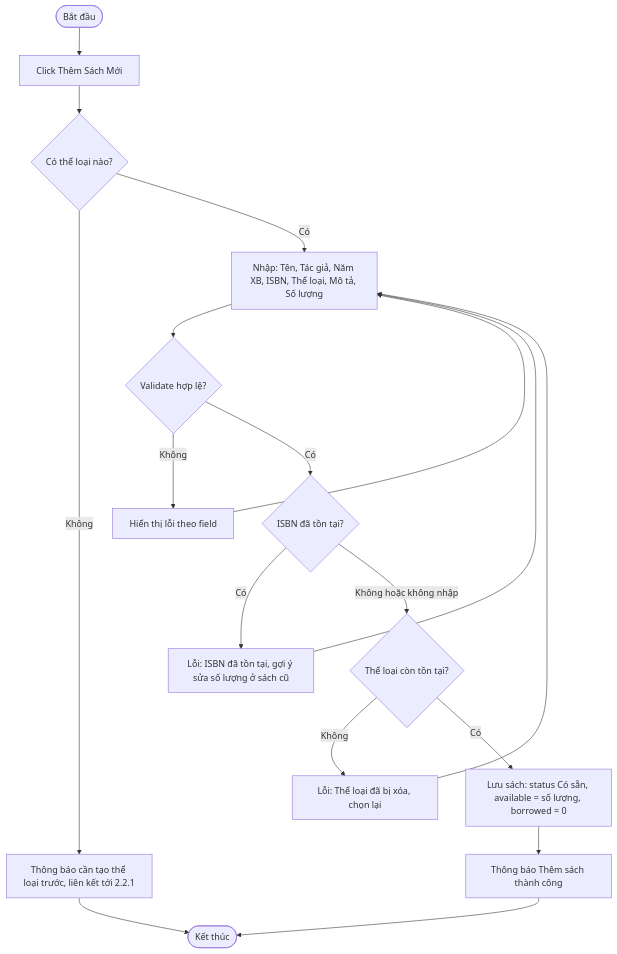
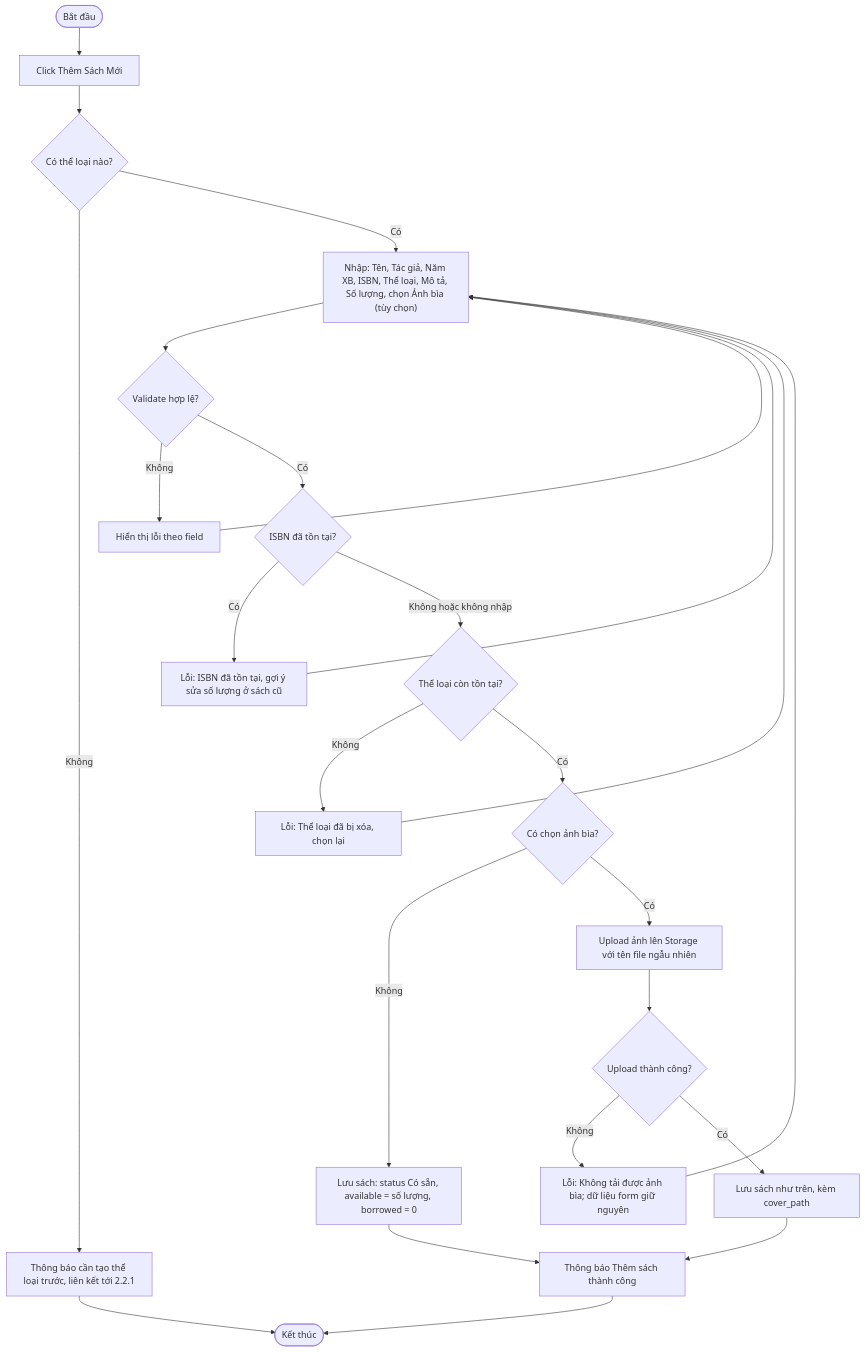
One commit to aehuy12345/Lib_start changed the diagram in design/flows/2.2.2-them-sach-moi.md. Above: the diagram before and after it, drawn with Mermaid. The commit also changed other lines of this file and 19 other files, not shown here.

First line of the commit message:
docs: finalize design phase and migrate schema to Supabase

````diff
--- a/design/flows/2.2.2-them-sach-moi.md
+++ b/design/flows/2.2.2-them-sach-moi.md
@@ -9,20 +9,27 @@
 ```mermaid
 flowchart TD
     A([Bắt đầu]) --> B["Click Thêm Sách Mới"]
     B --> C{"Có thể loại nào?"}
     C -->|"Không"| D["Thông báo cần tạo thể loại trước, liên kết tới 2.2.1"]
     D --> Z([Kết thúc])
-    C -->|"Có"| E["Nhập: Tên, Tác giả, Năm XB, ISBN, Thể loại, Mô tả, Số lượng"]
+    C -->|"Có"| E["Nhập: Tên, Tác giả, Năm XB, ISBN, Thể loại, Mô tả, Số lượng, chọn Ảnh bìa (tùy chọn)"]
     E --> F{"Validate hợp lệ?"}
     F -->|"Không"| G["Hiển thị lỗi theo field"]
     G --> E
     F -->|"Có"| H{"ISBN đã tồn tại?"}
     H -->|"Có"| I["Lỗi: ISBN đã tồn tại, gợi ý sửa số lượng ở sách cũ"]
     I --> E
     H -->|"Không hoặc không nhập"| J{"Thể loại còn tồn tại?"}
     J -->|"Không"| K["Lỗi: Thể loại đã bị xóa, chọn lại"]
     K --> E
-    J -->|"Có"| L["Lưu sách: status Có sẵn, available = số lượng, borrowed = 0"]
+    J -->|"Có"| P{"Có chọn ảnh bìa?"}
+    P -->|"Không"| L["Lưu sách: status Có sẵn, available = số lượng, borrowed = 0"]
+    P -->|"Có"| Q["Upload ảnh lên Storage với tên file ngẫu nhiên"]
+    Q --> R{"Upload thành công?"}
+    R -->|"Không"| S["Lỗi: Không tải được ảnh bìa; dữ liệu form giữ nguyên"]
+    S --> E
+    R -->|"Có"| T["Lưu sách như trên, kèm cover_path"]
     L --> M["Thông báo Thêm sách thành công"]
+    T --> M
     M --> Z
 ```
````
